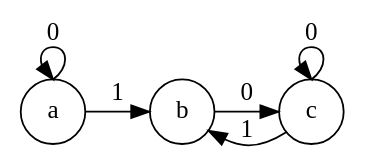
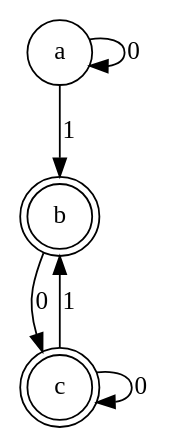
The diagram in dot/regular.dot (fifth-postulate/automaton), drawn with Graphviz before and after one commit. The commit also changed 6 other files, not shown here.

```diff
--- a/dot/regular.dot
+++ b/dot/regular.dot
@@ -1,18 +1,15 @@
 digraph Regular {
     /* Entities */
     a [label="a", shape="circle"]
-    b [label="b", shape="circle"]
-    c [label="c", shape="circle"]
+    b [label="b", shape="doublecircle"]
+    c [label="c", shape="doublecircle"]
     
     /* Relationships */
-    a -> a[label="0", tailport=n, headport=n] 
+    a -> a[label="0"] 
     a -> b[label="1"]
 
     b -> c[label="0"]
 
-    c -> c[label="0", tailport=n, headport=n]
+    c -> c[label="0"]
     c -> b[label="1"]
-
-    /* Ranks */
-    { rank=same; a, b, c; };
 }
```
